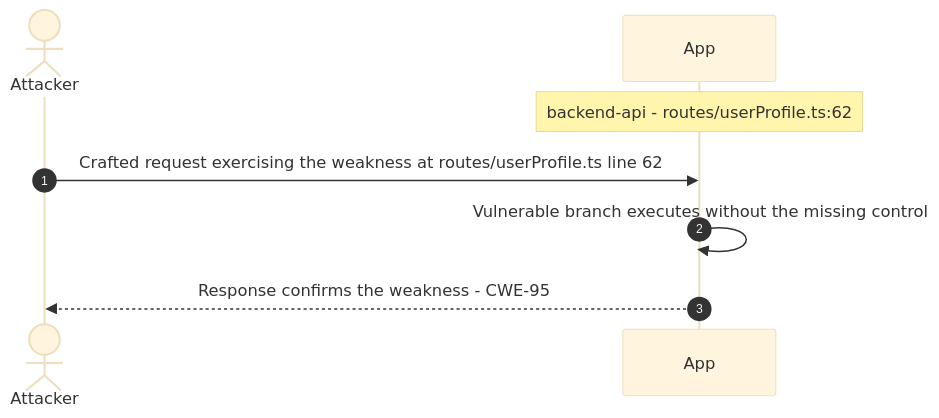
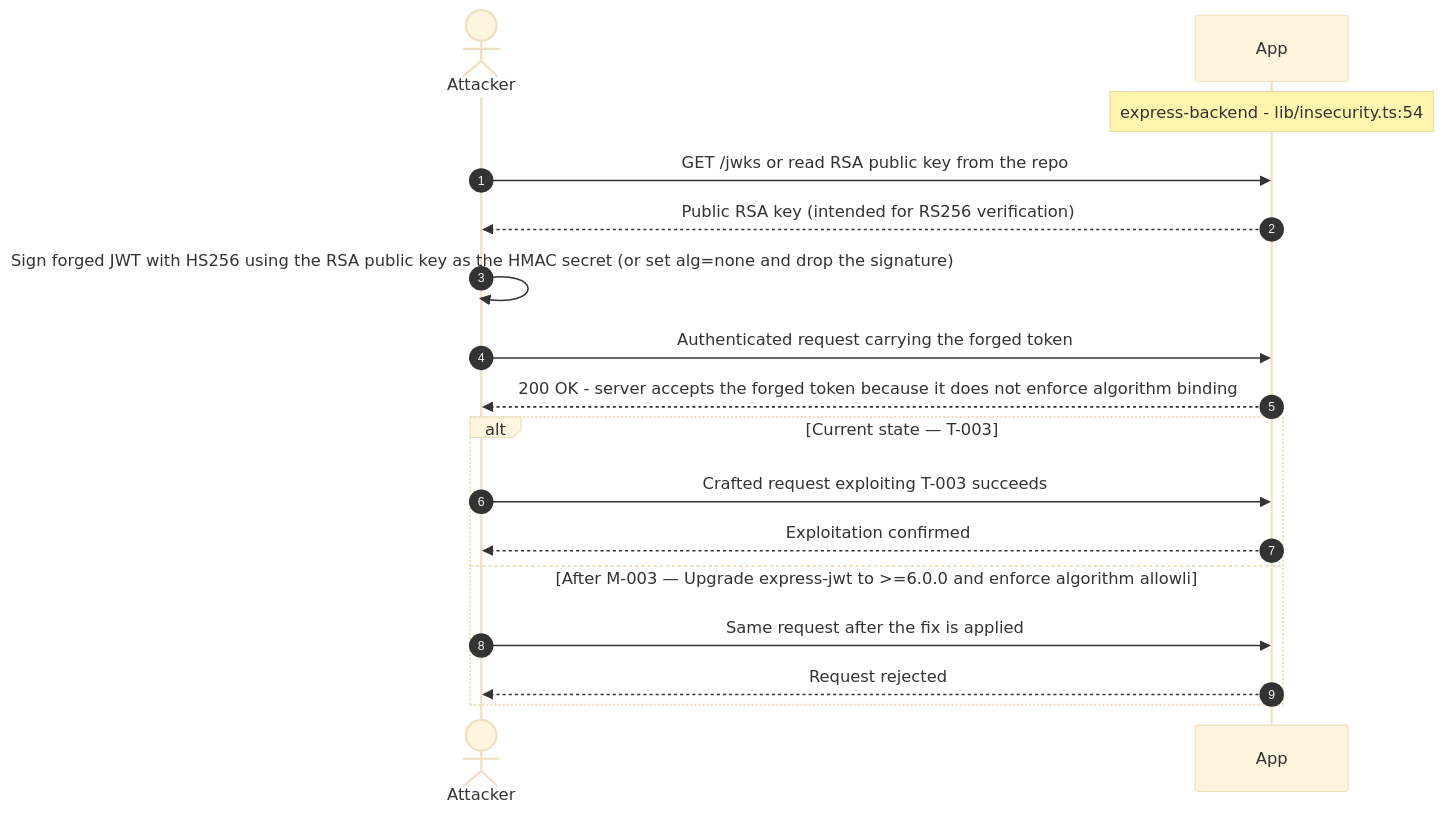
The tenth of 15 diagrams in examples/threat-modeler/threat-model-juice-shop-standard.md (appsec-foundry/appsec-advisor), drawn with Mermaid (base theme) before and after one commit. The commit also changed other lines of this file, not shown here.

````diff
--- a/examples/threat-modeler/threat-model-juice-shop-standard.md
+++ b/examples/threat-modeler/threat-model-juice-shop-standard.md
@@ -665,10 +594,19 @@
 ```mermaid
 sequenceDiagram
     autonumber
     actor Attacker
     participant App
-    Note over App: backend-api - routes/userProfile.ts:62
-    Attacker->>App: Crafted request exercising the weakness at routes/userProfile.ts line 62
-    App->>App: Vulnerable branch executes without the missing control
-    App-->>Attacker: Response confirms the weakness - CWE-95
+    Note over App: express-backend - lib/insecurity.ts:54
+    Attacker->>App: GET /jwks or read RSA public key from the repo
+    App-->>Attacker: Public RSA key (intended for RS256 verification)
+    Attacker->>Attacker: Sign forged JWT with HS256 using the RSA public key as the HMAC secret (or set alg=none and drop the signature)
+    Attacker->>App: Authenticated request carrying the forged token
+    App-->>Attacker: 200 OK - server accepts the forged token because it does not enforce algorithm binding
+    alt Current state — T-003
+        Attacker->>App: Crafted request exploiting T-003 succeeds
+        App-->>Attacker: Exploitation confirmed
+    else After M-003 — Upgrade express-jwt to >=6.0.0 and enforce algorithm allowli
+        Attacker->>App: Same request after the fix is applied
+        App-->>Attacker: Request rejected
+    end
 ```
````
